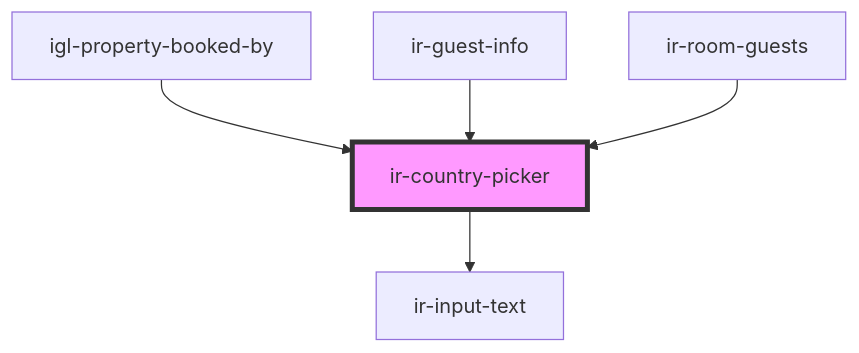
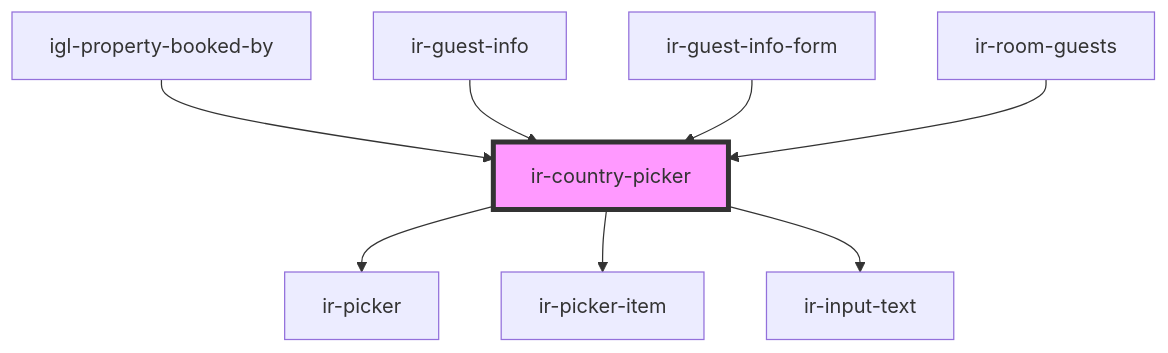
Before and after one commit to David1Chowaifaty/modified-ir-webcmp: the diagram in src/components/ui/ir-country-picker/readme.md, drawn with Mermaid. The commit also changed other lines of this file and 77 other files, not shown here.

````diff
--- a/src/components/ui/ir-country-picker/readme.md
+++ b/src/components/ui/ir-country-picker/readme.md
@@ -41,8 +45,11 @@
 ```mermaid
 graph TD;
+  ir-country-picker --> ir-picker
+  ir-country-picker --> ir-picker-item
   ir-country-picker --> ir-input-text
   igl-property-booked-by --> ir-country-picker
   ir-guest-info --> ir-country-picker
+  ir-guest-info-form --> ir-country-picker
   ir-room-guests --> ir-country-picker
   style ir-country-picker fill:#f9f,stroke:#333,stroke-width:4px
 ```
````
